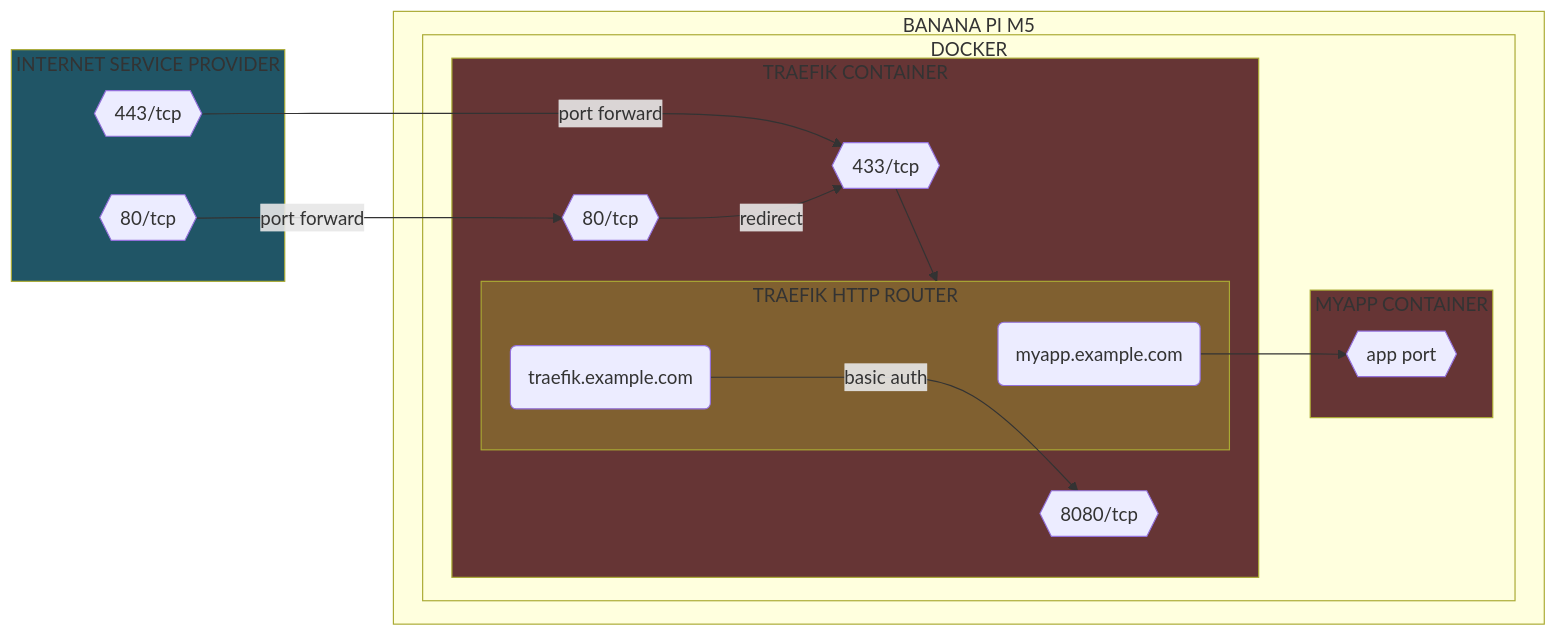
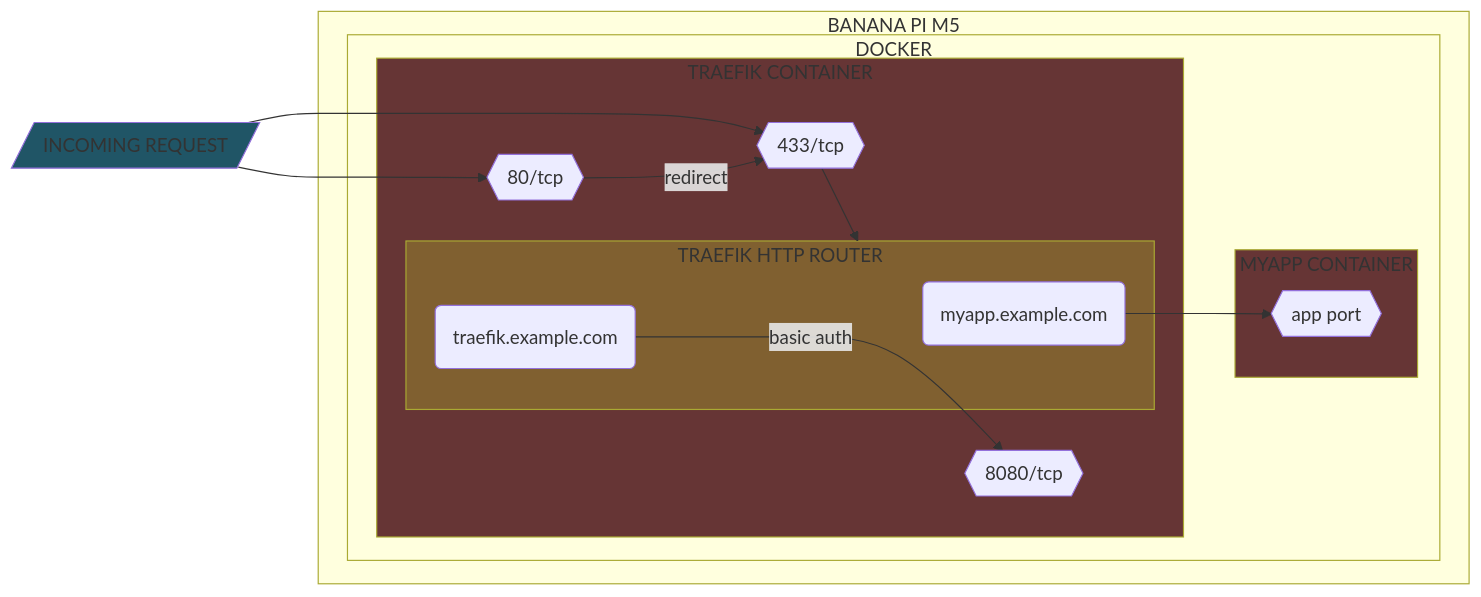
Before and after one commit to Yann39/self-hosted: the fourth of 7 diagrams in README.md, drawn with Mermaid. The commit also changed other lines of this file and 6 other files, not shown here.

````diff
--- a/README.md
+++ b/README.md
@@ -557,45 +820,40 @@
 ```mermaid
 flowchart LR
-    style INTERNET_SERVICE_PROVIDER fill: #205566
+    style INCOMING_REQUEST fill: #205566
     style TRAEFIK_CONTAINER fill: #663535
     style MYAPP_CONTAINER fill: #663535
     style TRAEFIK_ROUTER fill: #806030
-    ROUTER_PORT80{{80/tcp}}
-    ROUTER_PORT443{{443/tcp}}
     DOCKER_TRAEFIK_PORT443{{433/tcp}}
     DOCKER_TRAEFIK_PORT80{{80/tcp}}
     DOCKER_MYAPP_PORT5000{{app port}}
     DOCKER_TRAEFIK_PORT8080{{8080/tcp}}
     TRAEFIK_ROUTER_MYAPP(myapp.example.com)
     TRAEFIK_ROUTER_TRAEFIK(traefik.example.com)
 
-    subgraph INTERNET_SERVICE_PROVIDER[INTERNET SERVICE PROVIDER]
-        ROUTER_PORT80
-        ROUTER_PORT443
-    end
+    INCOMING_REQUEST[/INCOMING REQUEST/]
 
-    ROUTER_PORT443 -->|port forward| DOCKER_TRAEFIK_PORT443
-    ROUTER_PORT80 -->|port forward| DOCKER_TRAEFIK_PORT80
+    INCOMING_REQUEST --> DOCKER_TRAEFIK_PORT443
+    INCOMING_REQUEST --> DOCKER_TRAEFIK_PORT80
 
     subgraph SINGLE_BOARD_COMPUTER[BANANA PI M5]
         subgraph CONTAINER_ENGINE[DOCKER]
             subgraph MYAPP_CONTAINER[MYAPP CONTAINER]
                 DOCKER_MYAPP_PORT5000
             end
 
             subgraph TRAEFIK_CONTAINER[TRAEFIK CONTAINER]
                 DOCKER_TRAEFIK_PORT443 --> TRAEFIK_ROUTER
                 DOCKER_TRAEFIK_PORT80 -->|redirect| DOCKER_TRAEFIK_PORT443
 
                 subgraph TRAEFIK_ROUTER[TRAEFIK HTTP ROUTER]
                     TRAEFIK_ROUTER_MYAPP
                     TRAEFIK_ROUTER_TRAEFIK
                 end
 
                 TRAEFIK_ROUTER_TRAEFIK --->|basic auth| DOCKER_TRAEFIK_PORT8080
                 TRAEFIK_ROUTER_MYAPP --> DOCKER_MYAPP_PORT5000
             end
 
         end
     end
 ```
````
